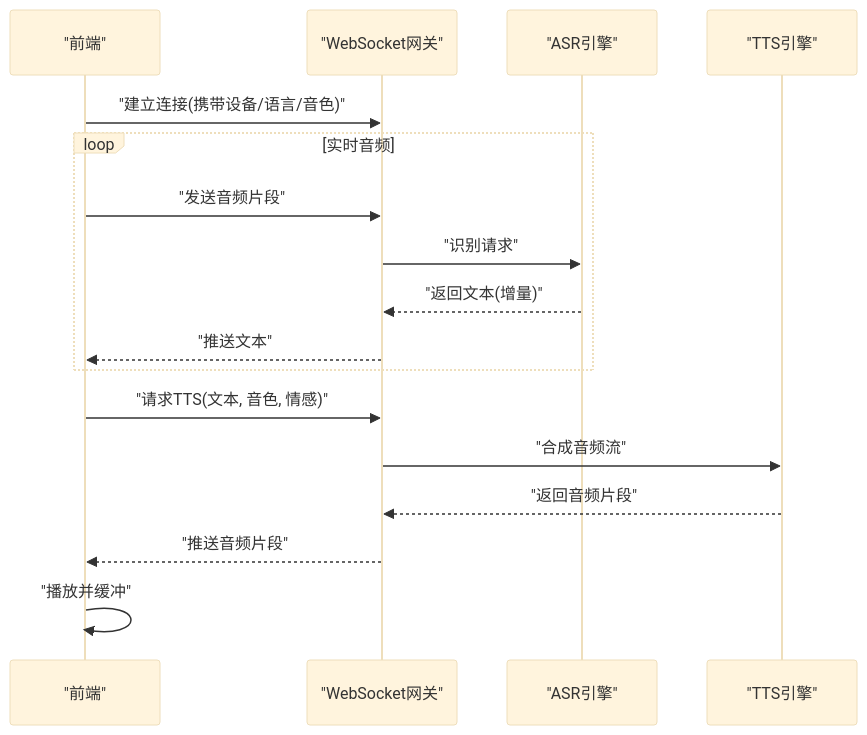
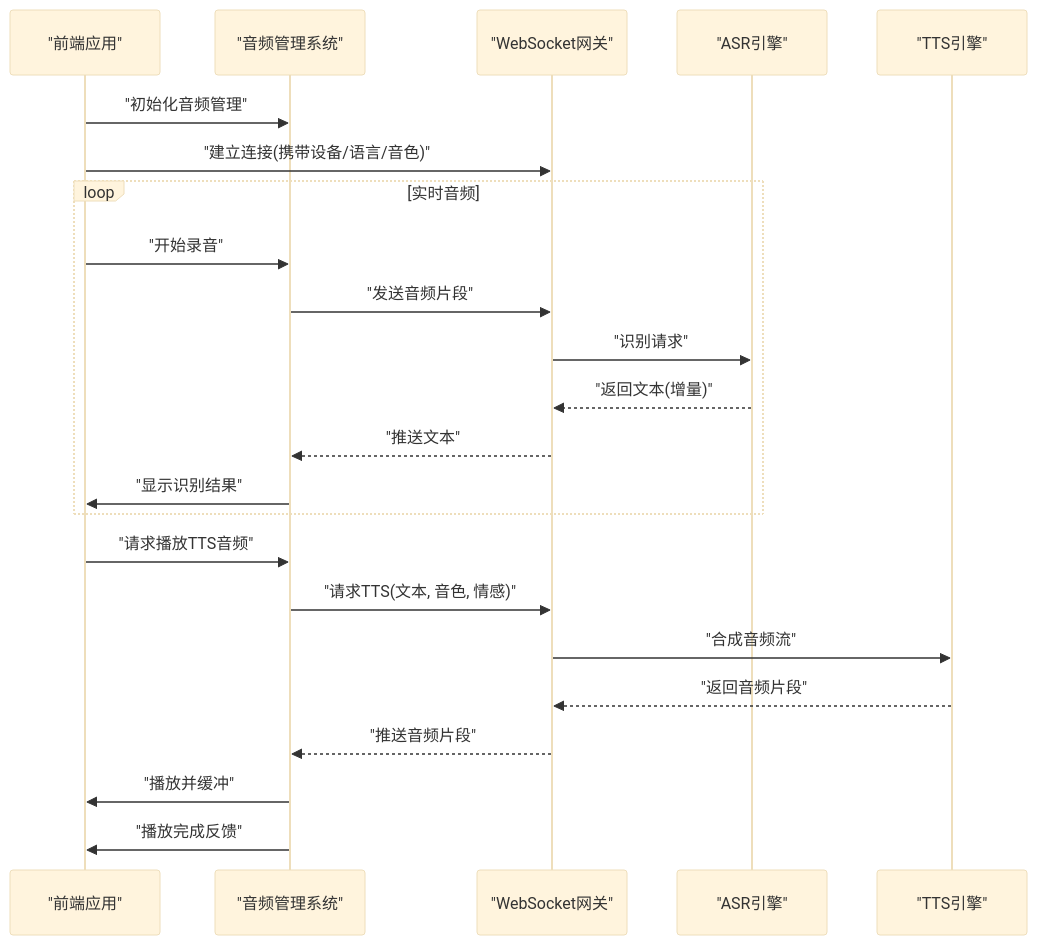
The seventh of 8 diagrams in .qoder/repowiki/zh/content/项目概述/核心特性/语音交互系统/语音交互系统.md (zmdhdu/NexusCockpit), drawn with Mermaid (base theme) before and after one commit. The commit also changed other lines of this file and 16 other files, not shown here.

````diff
--- a/.qoder/repowiki/zh/content/项目概述/核心特性/语音交互系统/语音交互系统.md
+++ b/.qoder/repowiki/zh/content/项目概述/核心特性/语音交互系统/语音交互系统.md
@@ -299,19 +374,25 @@
 ```mermaid
 sequenceDiagram
-participant FE as "前端"
+participant FE as "前端应用"
+participant AUDIO_STORE as "音频管理系统"
 participant WS as "WebSocket网关"
 participant ASR as "ASR引擎"
 participant TTS as "TTS引擎"
+FE->>AUDIO_STORE : "初始化音频管理"
 FE->>WS : "建立连接(携带设备/语言/音色)"
 loop 实时音频
-FE->>WS : "发送音频片段"
+FE->>AUDIO_STORE : "开始录音"
+AUDIO_STORE->>WS : "发送音频片段"
 WS->>ASR : "识别请求"
 ASR-->>WS : "返回文本(增量)"
-WS-->>FE : "推送文本"
+WS-->>AUDIO_STORE : "推送文本"
+AUDIO_STORE->>FE : "显示识别结果"
 end
-FE->>WS : "请求TTS(文本, 音色, 情感)"
+FE->>AUDIO_STORE : "请求播放TTS音频"
+AUDIO_STORE->>WS : "请求TTS(文本, 音色, 情感)"
 WS->>TTS : "合成音频流"
 TTS-->>WS : "返回音频片段"
-WS-->>FE : "推送音频片段"
-FE->>FE : "播放并缓冲"
+WS-->>AUDIO_STORE : "推送音频片段"
+AUDIO_STORE->>FE : "播放并缓冲"
+AUDIO_STORE->>FE : "播放完成反馈"
 ```
````
